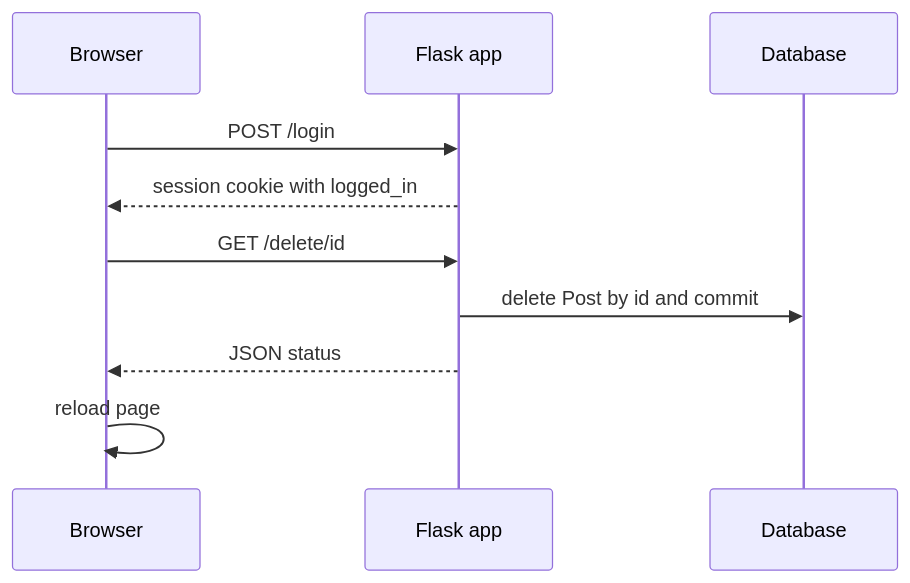
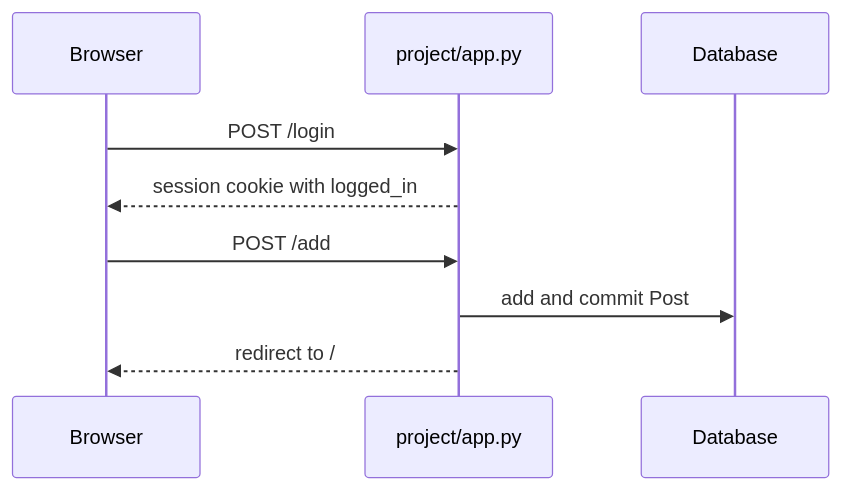
The second of 3 diagrams in examples/current/flaskr-tdd/application-documentation.md (HeWhoRoams/AppDoc), drawn with Mermaid before and after one commit. The commit also changed other lines of this file and 64 other files, not shown here.

````diff
--- a/examples/current/flaskr-tdd/application-documentation.md
+++ b/examples/current/flaskr-tdd/application-documentation.md
@@ -315,12 +299,11 @@
 ```mermaid
 sequenceDiagram
-  participant U as Browser
-  participant A as Flask app
+  participant B as Browser
+  participant A as project/app.py
   participant D as Database
-  U->>A: POST /login
-  A-->>U: session cookie with logged_in
-  U->>A: GET /delete/id
-  A->>D: delete Post by id and commit
-  A-->>U: JSON status
-  U->>U: reload page
+  B->>A: POST /login
+  A-->>B: session cookie with logged_in
+  B->>A: POST /add
+  A->>D: add and commit Post
+  A-->>B: redirect to /
 ```
````
